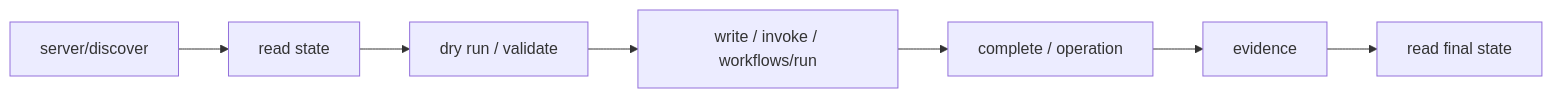
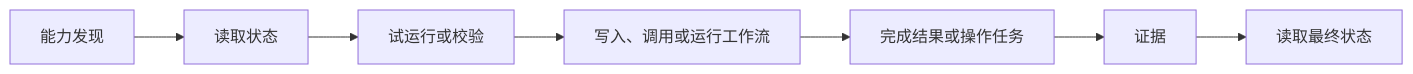
Before and after one commit to lijiehelloworld/automationlaboratoryprotocol: the diagram in specification/base-protocol.md, drawn with Mermaid. The commit also changed other lines of this file and 27 other files, not shown here.

````diff
--- a/specification/base-protocol.md
+++ b/specification/base-protocol.md
@@ -10,12 +10,12 @@
 ```mermaid
 flowchart LR
-    D[server/discover]
-    R[read state]
-    V[dry run / validate]
-    X[write / invoke / workflows/run]
-    O[complete / operation]
-    E[evidence]
-    R2[read final state]
+    D[能力发现]
+    R[读取状态]
+    V[试运行或校验]
+    X[写入、调用或运行工作流]
+    O[完成结果或操作任务]
+    E[证据]
+    R2[读取最终状态]
 
     D --> R --> V --> X --> O --> E --> R2
 ```
````
